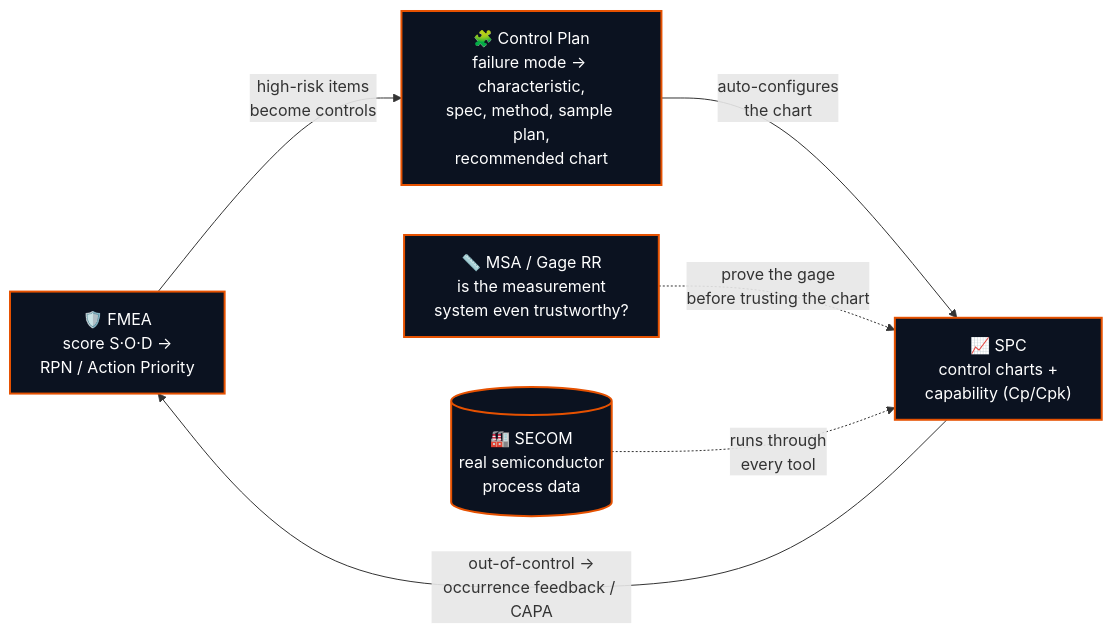
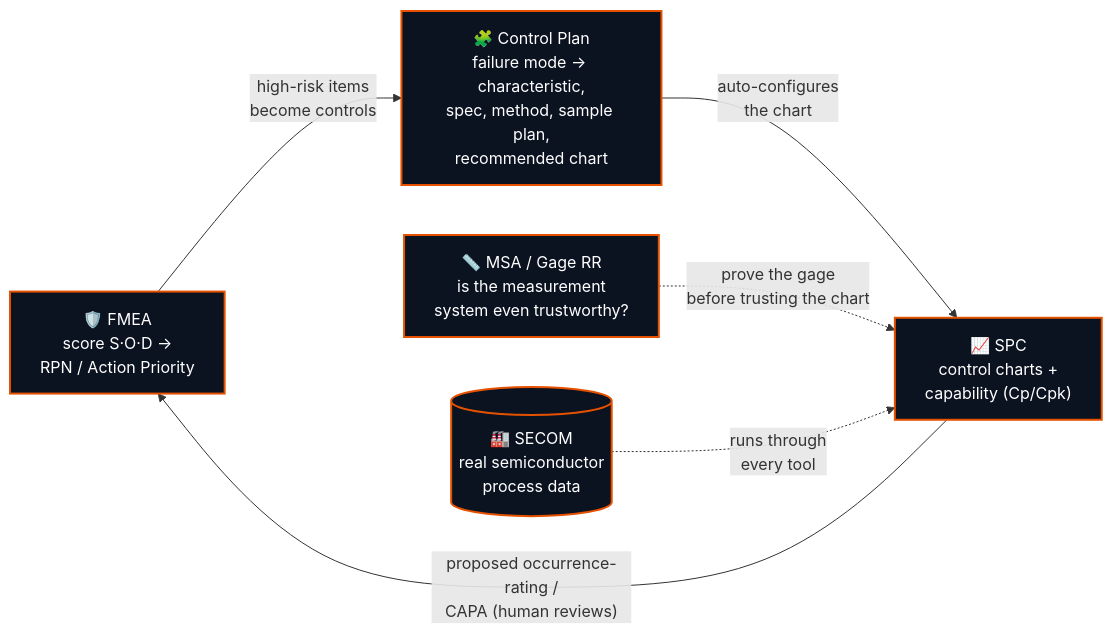
Before and after one commit to Siddardth7/quality-platform: the first of 2 diagrams in README.md, drawn with Mermaid. The commit also changed other lines of this file and 16 other files, not shown here.

````diff
--- a/README.md
+++ b/README.md
@@ -96,17 +197,17 @@
 ```mermaid
 flowchart LR
     FMEA["🛡️ FMEA<br/>score S·O·D →<br/>RPN / Action Priority"]
     CP["🧩 Control Plan<br/>failure mode → characteristic,<br/>spec, method, sample plan,<br/>recommended chart"]
     SPC["📈 SPC<br/>control charts +<br/>capability (Cp/Cpk)"]
     MSA["📏 MSA / Gage RR<br/>is the measurement<br/>system even trustworthy?"]
     SECOM[("🏭 SECOM<br/>real semiconductor<br/>process data")]
 
     FMEA -->|"high-risk items<br/>become controls"| CP
     CP -->|"auto-configures<br/>the chart"| SPC
-    SPC -->|"out-of-control →<br/>occurrence feedback / CAPA"| FMEA
+    SPC -->|"proposed occurrence-rating /<br/>CAPA (human reviews)"| FMEA
     MSA -.->|"prove the gage<br/>before trusting the chart"| SPC
     SECOM -.->|"runs through<br/>every tool"| SPC
 
     classDef live fill:#0b1220,stroke:#e65100,stroke-width:2px,color:#fff;
     class FMEA,SPC,CP,MSA,SECOM live;
 ```
````
